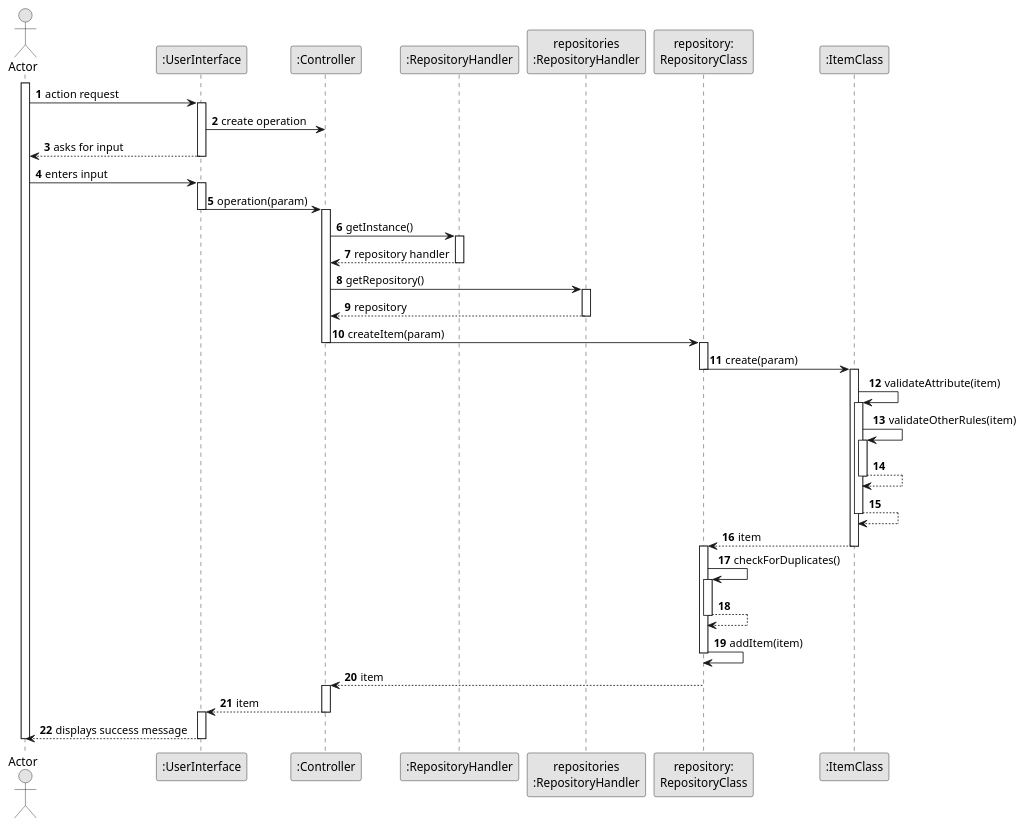
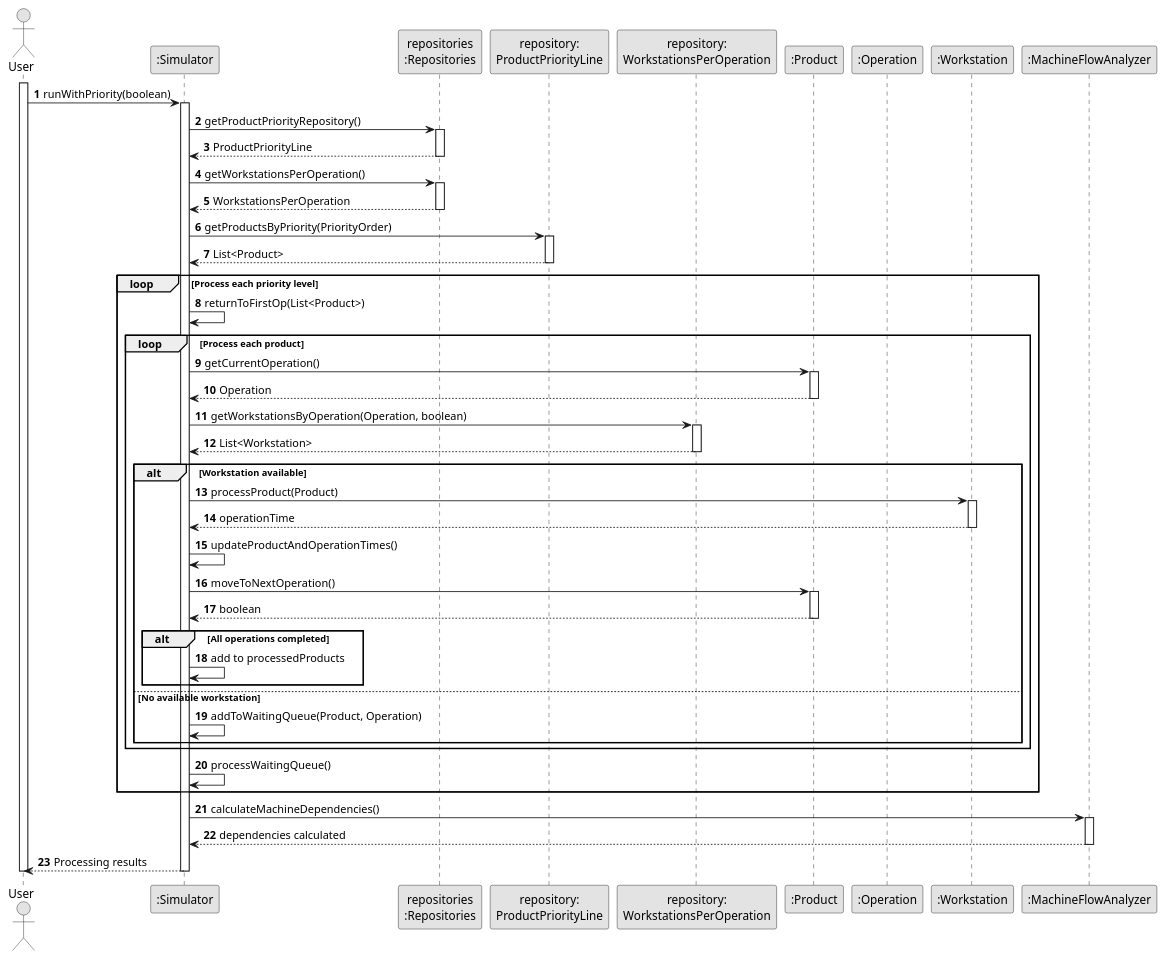
Before and after one commit to ricardomm7/buildflow: the diagram in others/documentation/usEI02/design/puml/sequence-diagram.puml, drawn with PlantUML. The commit also changed 9 other files, not shown here.

```diff
--- a/others/documentation/usEI02/design/puml/sequence-diagram.puml
+++ b/others/documentation/usEI02/design/puml/sequence-diagram.puml
@@ -1,82 +1,86 @@
 @startuml
 skinparam monochrome true
 skinparam packageStyle rectangle
 skinparam shadowing false
 
 autonumber
 
-actor "Actor" as Actor
-participant ":UserInterface" as UI
-participant ":Controller" as CTRL
-participant ":RepositoryHandler" as RepoHandler
-participant "repositories\n:RepositoryHandler" as RepoPlatform
-participant "repository:\nRepositoryClass" as RepositoryClass
-participant ":ItemClass" as ItemClass
+actor "User" as User
+participant ":Simulator" as Simulator
+participant "repositories\n:Repositories" as Repositories
+participant "repository:\nProductPriorityLine" as ProductPriorityLine
+participant "repository:\nWorkstationsPerOperation" as WorkstationsPerOperation
+participant ":Product" as Product
+participant ":Operation" as Operation
+participant ":Workstation" as Workstation
+participant ":MachineFlowAnalyzer" as MachineFlowAnalyzer
 
-activate Actor
+activate User
 
-Actor -> UI : action request
-activate UI
+User -> Simulator : runWithPriority(boolean)
+activate Simulator
 
-UI -> CTRL : create operation
+Simulator -> Repositories : getProductPriorityRepository()
+activate Repositories
+Repositories --> Simulator : ProductPriorityLine
+deactivate Repositories
 
-UI --> Actor : asks for input
-deactivate UI
+Simulator -> Repositories : getWorkstationsPerOperation()
+activate Repositories
+Repositories --> Simulator : WorkstationsPerOperation
+deactivate Repositories
 
-Actor -> UI : enters input
-activate UI
+Simulator -> ProductPriorityLine : getProductsByPriority(PriorityOrder)
+activate ProductPriorityLine
+ProductPriorityLine --> Simulator : List<Product>
+deactivate ProductPriorityLine
 
-UI -> CTRL : operation(param)
-deactivate UI
-activate CTRL
+loop Process each priority level
+    Simulator -> Simulator : returnToFirstOp(List<Product>)
 
-CTRL -> RepoHandler : getInstance()
-activate RepoHandler
-RepoHandler --> CTRL : repository handler
-deactivate RepoHandler
+    loop Process each product
+        Simulator -> Product : getCurrentOperation()
+        activate Product
+        Product --> Simulator : Operation
+        deactivate Product
 
-CTRL -> RepoPlatform : getRepository()
-activate RepoPlatform
-RepoPlatform --> CTRL : repository
-deactivate RepoPlatform
+        Simulator -> WorkstationsPerOperation : getWorkstationsByOperation(Operation, boolean)
+        activate WorkstationsPerOperation
+        WorkstationsPerOperation --> Simulator : List<Workstation>
+        deactivate WorkstationsPerOperation
 
-CTRL -> RepositoryClass : createItem(param)
-deactivate CTRL
-activate RepositoryClass
+        alt Workstation available
+            Simulator -> Workstation : processProduct(Product)
+            activate Workstation
+            Workstation --> Simulator : operationTime
+            deactivate Workstation
 
-RepositoryClass -> ItemClass : create(param)
-deactivate RepositoryClass
+            Simulator -> Simulator : updateProductAndOperationTimes()
+            Simulator -> Product : moveToNextOperation()
+            activate Product
+            Product --> Simulator : boolean
+            deactivate Product
 
-activate ItemClass
-ItemClass -> ItemClass : validateAttribute(item)
-activate ItemClass
-ItemClass -> ItemClass : validateOtherRules(item)
-activate ItemClass
-ItemClass --> ItemClass
-deactivate ItemClass
-ItemClass --> ItemClass
-deactivate ItemClass
+            alt All operations completed
+                Simulator -> Simulator : add to processedProducts
+            end
 
-ItemClass --> RepositoryClass : item
-deactivate ItemClass
-activate RepositoryClass
+        else No available workstation
+            Simulator -> Simulator : addToWaitingQueue(Product, Operation)
+        end
+    end
 
-RepositoryClass -> RepositoryClass : checkForDuplicates()
-activate RepositoryClass
-RepositoryClass --> RepositoryClass
-deactivate RepositoryClass
-RepositoryClass -> RepositoryClass : addItem(item)
-deactivate RepositoryClass
+    Simulator -> Simulator : processWaitingQueue()
 
-CTRL <-- RepositoryClass : item
-deactivate RepositoryClass
-activate CTRL
+end
 
-CTRL --> UI : item
-deactivate CTRL
-activate UI
+Simulator -> MachineFlowAnalyzer : calculateMachineDependencies()
+activate MachineFlowAnalyzer
+MachineFlowAnalyzer --> Simulator : dependencies calculated
+deactivate MachineFlowAnalyzer
 
-UI --> Actor : displays success message
-deactivate UI
-deactivate Actor
+Simulator --> User : Processing results
+deactivate Simulator
+deactivate User
+
 @enduml
```
